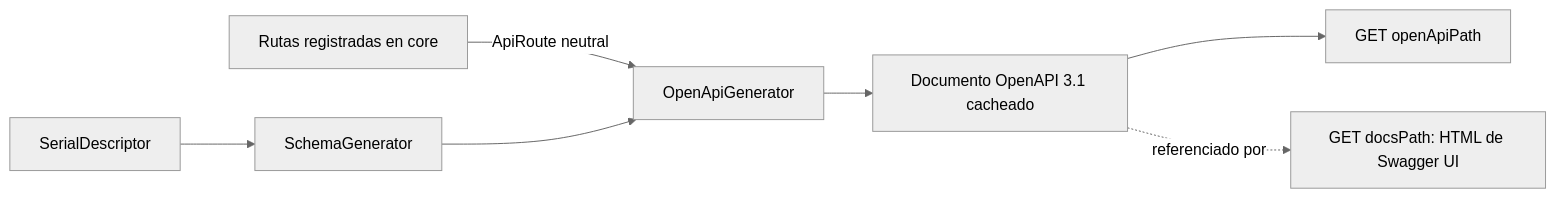
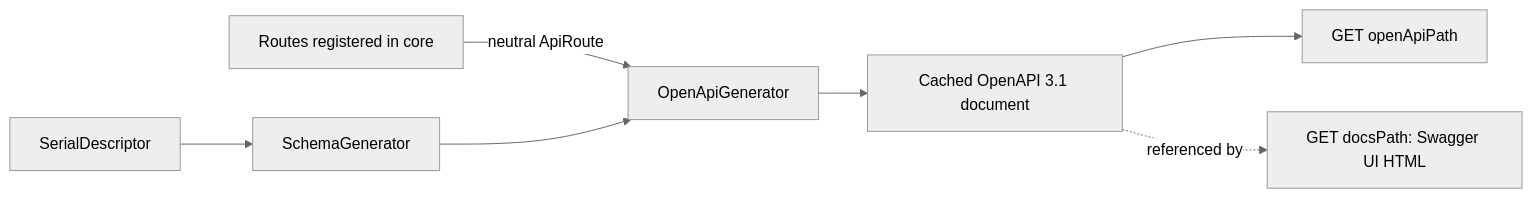
The fourth of 4 diagrams in docs/ARCHITECTURE.md (josedlujan/kastapi), drawn with Mermaid (neutral theme) before and after one commit. The commit also changed other lines of this file, not shown here.

Commit message:
docs: translate the architecture guide to English

````diff
--- a/docs/ARCHITECTURE.md
+++ b/docs/ARCHITECTURE.md
@@ -218,9 +218,9 @@
 ```mermaid
 flowchart LR
-    R[Rutas registradas en core] -->|ApiRoute neutral| G[OpenApiGenerator]
+    R[Routes registered in core] -->|neutral ApiRoute| G[OpenApiGenerator]
     D[SerialDescriptor] --> S[SchemaGenerator]
     S --> G
-    G --> J[Documento OpenAPI 3.1 cacheado]
+    G --> J[Cached OpenAPI 3.1 document]
     J --> E1[GET openApiPath]
-    J -.referenciado por.-> E2[GET docsPath: HTML de Swagger UI]
+    J -.referenced by.-> E2[GET docsPath: Swagger UI HTML]
 ```
````
